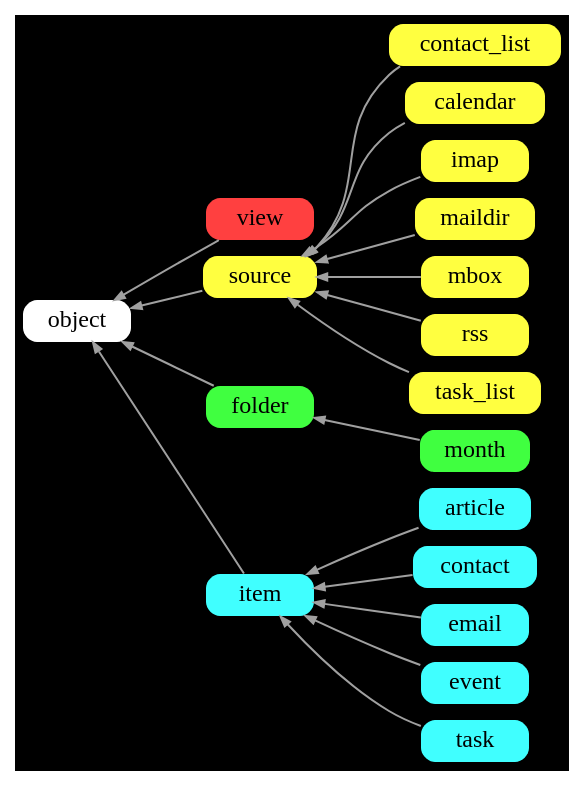
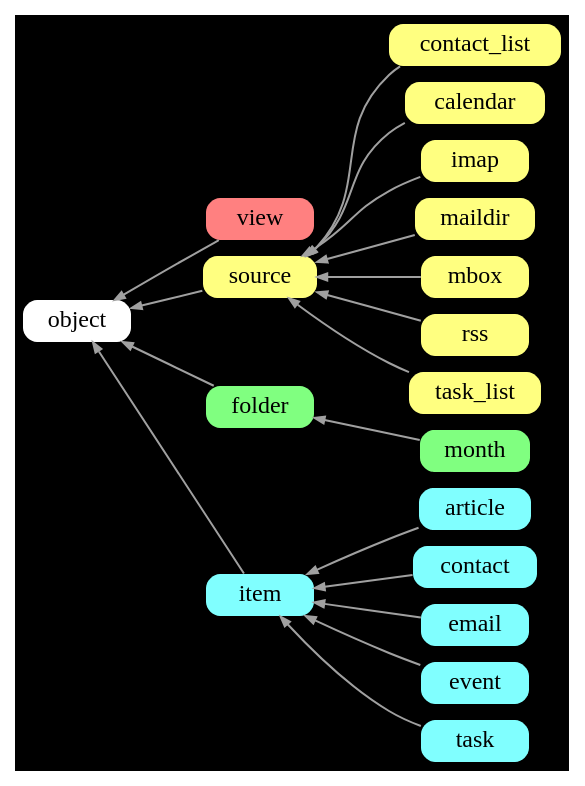
The diagram in inherit.gv (neomutt/test-arch), drawn with Graphviz before and after one commit. The commit also changed 10 other files, not shown here.

```diff
--- a/inherit.gv
+++ b/inherit.gv
@@ -1,68 +1,68 @@
 digraph inherit {
 	graph [
 		rankdir="RL"
 		bgcolor="black"
 		color="white"
 		nodesep="0.1"
 		ranksep="0.5"
 	];
 
 	node [
 		shape="Mrecord"
 		fontsize="12"
 		style="filled"
 		height="0.2"
 		penwidth="0.0"
 	];
 
 	edge [
 		penwidth="1.0"
 		color="#A0A0A0"
 		arrowsize="0.5"
 	];
 
 
 	object       [ fillcolor="#ffffff" ];
 
-	view         [ fillcolor="#ff4040" ];
+	view         [ fillcolor="#ff8080" ];
 
-	source       [ fillcolor="#ffff40" ];
-	contact_list [ fillcolor="#ffff40" ];
-	calendar     [ fillcolor="#ffff40" ];
-	imap         [ fillcolor="#ffff40" ];
-	maildir      [ fillcolor="#ffff40" ];
-	mbox         [ fillcolor="#ffff40" ];
-	rss          [ fillcolor="#ffff40" ];
-	task_list    [ fillcolor="#ffff40" ];
+	source       [ fillcolor="#ffff80" ];
+	contact_list [ fillcolor="#ffff80" ];
+	calendar     [ fillcolor="#ffff80" ];
+	imap         [ fillcolor="#ffff80" ];
+	maildir      [ fillcolor="#ffff80" ];
+	mbox         [ fillcolor="#ffff80" ];
+	rss          [ fillcolor="#ffff80" ];
+	task_list    [ fillcolor="#ffff80" ];
 
-	folder       [ fillcolor="#40ff40" ];
-	month        [ fillcolor="#40ff40" ];
+	folder       [ fillcolor="#80ff80" ];
+	month        [ fillcolor="#80ff80" ];
 
-	item         [ fillcolor="#40ffff" ];
-	article      [ fillcolor="#40ffff" ];
-	contact      [ fillcolor="#40ffff" ];
-	email        [ fillcolor="#40ffff" ];
-	event        [ fillcolor="#40ffff" ];
-	task         [ fillcolor="#40ffff" ];
+	item         [ fillcolor="#80ffff" ];
+	article      [ fillcolor="#80ffff" ];
+	contact      [ fillcolor="#80ffff" ];
+	email        [ fillcolor="#80ffff" ];
+	event        [ fillcolor="#80ffff" ];
+	task         [ fillcolor="#80ffff" ];
 
 	view         -> object;
 	source       -> object;
 	folder       -> object;
 	item         -> object;
 
 	month        -> folder;
 
 	contact_list -> source;
 	calendar     -> source;
 	imap         -> source;
 	maildir      -> source;
 	mbox         -> source;
 	rss          -> source;
 	task_list    -> source;
 
 	article      -> item;
 	contact      -> item;
 	email        -> item;
 	event        -> item;
 	task         -> item;
 }
```
